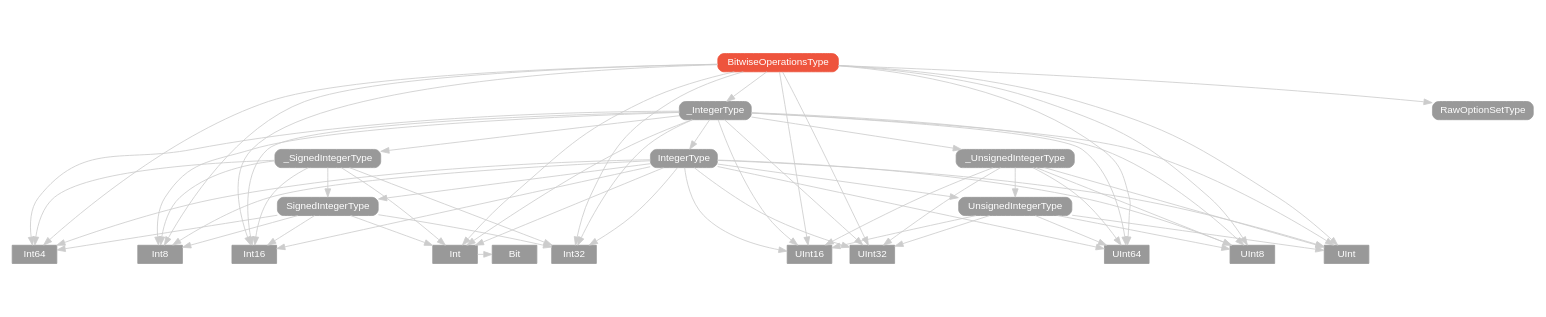
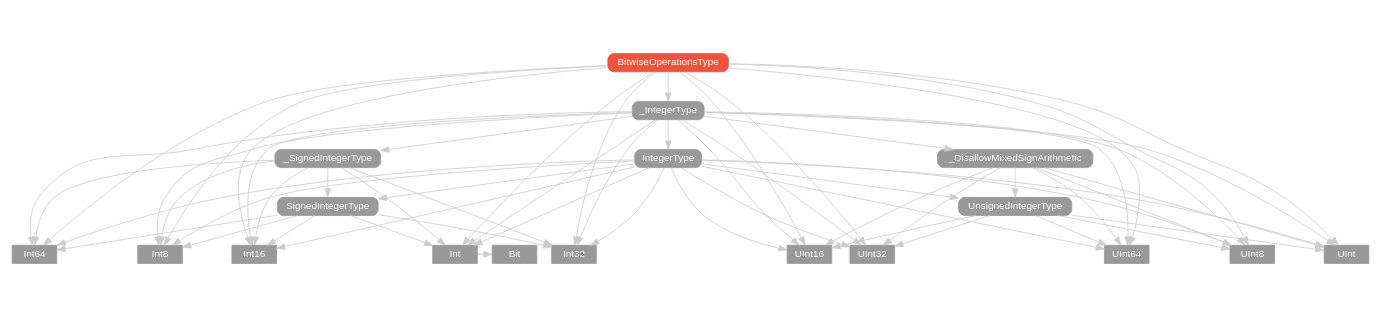
The diagram in swift-2/protocol/BitwiseOperationsType/hierarchy/index.dot (SwiftDocOrg/swiftdoc.org), drawn with Graphviz before and after one commit. The commit also changed 541 other files, not shown here.

```diff
--- a/swift-2/protocol/BitwiseOperationsType/hierarchy/index.dot
+++ b/swift-2/protocol/BitwiseOperationsType/hierarchy/index.dot
@@ -1,101 +1,99 @@
 strict digraph "BitwiseOperationsType - Type Hierarchy - SwiftDoc.org" {
     pad="0.1,0.8"
     node [shape=box, style="filled,rounded", color="#999999", fillcolor="#999999", fontcolor=white, fontname=Helvetica, fontnames="Helvetica,sansserif", fontsize=12, margin="0.07,0.05", height="0.3"]
     edge [color="#cccccc"]
     "Bit" [URL="/type/Bit/", style=filled]
     "BitwiseOperationsType" [URL="/protocol/BitwiseOperationsType/", style="filled,rounded", fillcolor="#ee543d", color="#ee543d"]
     "Int" [URL="/type/Int/", style=filled]
     "Int16" [URL="/type/Int16/", style=filled]
     "Int32" [URL="/type/Int32/", style=filled]
     "Int64" [URL="/type/Int64/", style=filled]
     "Int8" [URL="/type/Int8/", style=filled]
     "IntegerType" [URL="/protocol/IntegerType/"]
-    "RawOptionSetType" [URL="/protocol/RawOptionSetType/"]
     "SignedIntegerType" [URL="/protocol/SignedIntegerType/"]
     "UInt" [URL="/type/UInt/", style=filled]
     "UInt16" [URL="/type/UInt16/", style=filled]
     "UInt32" [URL="/type/UInt32/", style=filled]
     "UInt64" [URL="/type/UInt64/", style=filled]
     "UInt8" [URL="/type/UInt8/", style=filled]
     "UnsignedIntegerType" [URL="/protocol/UnsignedIntegerType/"]
+    "_DisallowMixedSignArithmetic" [URL="/protocol/_DisallowMixedSignArithmetic/"]
     "_IntegerType" [URL="/protocol/_IntegerType/"]
-    "_SignedIntegerType" [URL="/protocol/_SignedIntegerType/"]
-    "_UnsignedIntegerType" [URL="/protocol/_UnsignedIntegerType/"]    "BitwiseOperationsType" -> "Int"
+    "_SignedIntegerType" [URL="/protocol/_SignedIntegerType/"]    "BitwiseOperationsType" -> "Int"
     "BitwiseOperationsType" -> "Int16"
     "BitwiseOperationsType" -> "Int32"
     "BitwiseOperationsType" -> "Int64"
     "BitwiseOperationsType" -> "Int8"
-    "BitwiseOperationsType" -> "RawOptionSetType"
     "BitwiseOperationsType" -> "UInt"
     "BitwiseOperationsType" -> "UInt16"
     "BitwiseOperationsType" -> "UInt32"
     "BitwiseOperationsType" -> "UInt64"
     "BitwiseOperationsType" -> "UInt8"
     "BitwiseOperationsType" -> "_IntegerType"
     "Int" -> "Bit"
     "_IntegerType" -> "Int"
     "_IntegerType" -> "Int16"
     "_IntegerType" -> "Int32"
     "_IntegerType" -> "Int64"
     "_IntegerType" -> "Int8"
     "_IntegerType" -> "IntegerType"
     "_IntegerType" -> "UInt"
     "_IntegerType" -> "UInt16"
     "_IntegerType" -> "UInt32"
     "_IntegerType" -> "UInt64"
     "_IntegerType" -> "UInt8"
+    "_IntegerType" -> "_DisallowMixedSignArithmetic"
     "_IntegerType" -> "_SignedIntegerType"
-    "_IntegerType" -> "_UnsignedIntegerType"
     "Int" -> "Bit"
     "IntegerType" -> "Int"
     "IntegerType" -> "Int16"
     "IntegerType" -> "Int32"
     "IntegerType" -> "Int64"
     "IntegerType" -> "Int8"
     "IntegerType" -> "SignedIntegerType"
     "IntegerType" -> "UInt"
     "IntegerType" -> "UInt16"
     "IntegerType" -> "UInt32"
     "IntegerType" -> "UInt64"
     "IntegerType" -> "UInt8"
     "IntegerType" -> "UnsignedIntegerType"
     "Int" -> "Bit"
     "SignedIntegerType" -> "Int"
     "SignedIntegerType" -> "Int16"
     "SignedIntegerType" -> "Int32"
     "SignedIntegerType" -> "Int64"
     "SignedIntegerType" -> "Int8"
     "Int" -> "Bit"
     "UnsignedIntegerType" -> "UInt"
     "UnsignedIntegerType" -> "UInt16"
     "UnsignedIntegerType" -> "UInt32"
     "UnsignedIntegerType" -> "UInt64"
     "UnsignedIntegerType" -> "UInt8"
+    "_DisallowMixedSignArithmetic" -> "UInt"
+    "_DisallowMixedSignArithmetic" -> "UInt16"
+    "_DisallowMixedSignArithmetic" -> "UInt32"
+    "_DisallowMixedSignArithmetic" -> "UInt64"
+    "_DisallowMixedSignArithmetic" -> "UInt8"
+    "_DisallowMixedSignArithmetic" -> "UnsignedIntegerType"
+    "UnsignedIntegerType" -> "UInt"
+    "UnsignedIntegerType" -> "UInt16"
+    "UnsignedIntegerType" -> "UInt32"
+    "UnsignedIntegerType" -> "UInt64"
+    "UnsignedIntegerType" -> "UInt8"
     "_SignedIntegerType" -> "Int"
     "_SignedIntegerType" -> "Int16"
     "_SignedIntegerType" -> "Int32"
     "_SignedIntegerType" -> "Int64"
     "_SignedIntegerType" -> "Int8"
     "_SignedIntegerType" -> "SignedIntegerType"
     "Int" -> "Bit"
     "SignedIntegerType" -> "Int"
     "SignedIntegerType" -> "Int16"
     "SignedIntegerType" -> "Int32"
     "SignedIntegerType" -> "Int64"
     "SignedIntegerType" -> "Int8"
     "Int" -> "Bit"
-    "_UnsignedIntegerType" -> "UInt"
-    "_UnsignedIntegerType" -> "UInt16"
-    "_UnsignedIntegerType" -> "UInt32"
-    "_UnsignedIntegerType" -> "UInt64"
-    "_UnsignedIntegerType" -> "UInt8"
-    "_UnsignedIntegerType" -> "UnsignedIntegerType"
-    "UnsignedIntegerType" -> "UInt"
-    "UnsignedIntegerType" -> "UInt16"
-    "UnsignedIntegerType" -> "UInt32"
-    "UnsignedIntegerType" -> "UInt64"
-    "UnsignedIntegerType" -> "UInt8"
     subgraph Types {
         rank = max; "Int"; "Int16"; "Int32"; "Int64"; "Int8"; "UInt"; "UInt16"; "UInt32"; "UInt64"; "UInt8"; "Bit";
     }
 }
```
